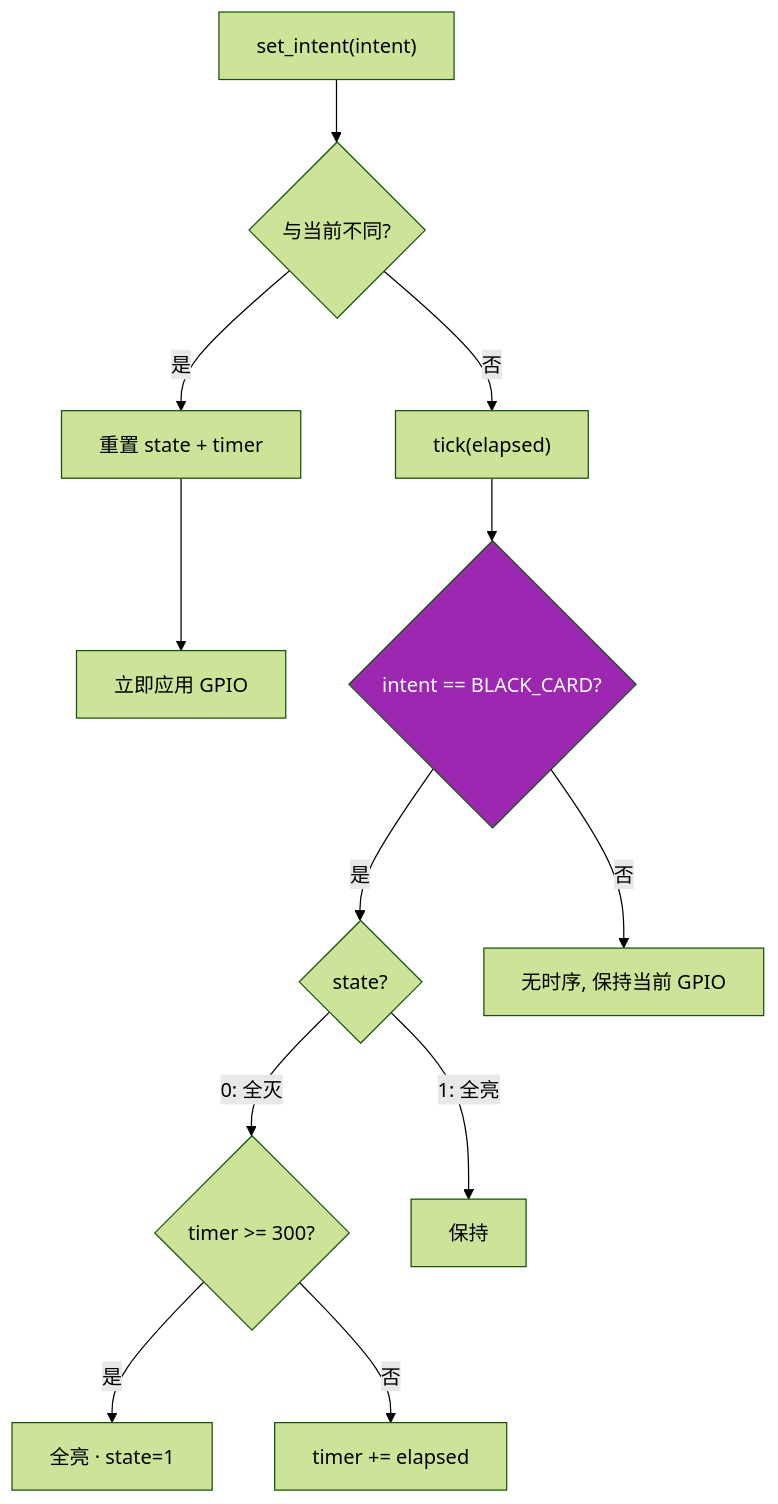
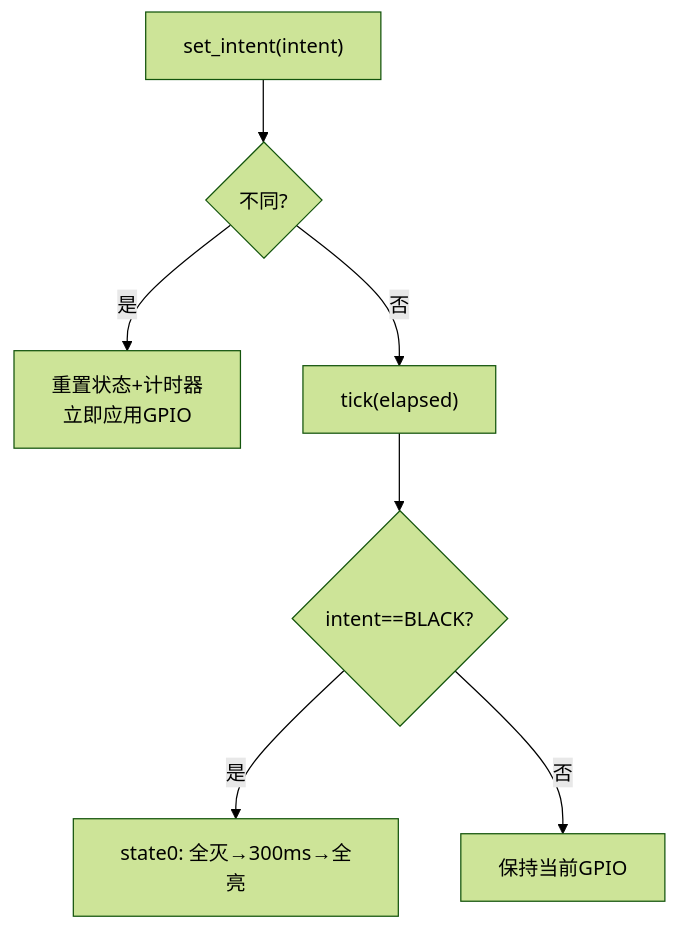
One commit to Siaiai/ObsidianNote changed the seventh of 16 diagrams in 工作/SR3读卡器/260802SR3读卡器架构.md. Above: the diagram before and after it, drawn with Mermaid (forest theme). The commit also changed other lines of this file and 1 other file, not shown here.

````diff
--- a/工作/SR3读卡器/260802SR3读卡器架构.md
+++ b/工作/SR3读卡器/260802SR3读卡器架构.md
@@ -469,19 +288,10 @@
 ```mermaid
 flowchart TD
-    INTENT["set_intent(intent)"] --> CMP{"与当前不同?"}
-    CMP -->|"是"| RESET["重置 state + timer"]
-    CMP -->|"否"| TICK
+    INTENT["set_intent(intent)"] --> CMP{"不同?"}
+    CMP -->|"是"| RESET["重置状态+计时器<br/>立即应用GPIO"]
+    CMP -->|"否"| TICK["tick(elapsed)"]
 
-    RESET --> APPLY["立即应用 GPIO"]
-
-    TICK["tick(elapsed)"] --> BLACK{"intent == BLACK_CARD?"}
-    BLACK -->|"是"| BC_STATE{"state?"}
-    BC_STATE -->|"0: 全灭"| BC_WAIT{"timer >= 300?"}
-    BC_WAIT -->|"是"| BC_ON["全亮 · state=1"]
-    BC_WAIT -->|"否"| BC_CONT["timer += elapsed"]
-    BC_STATE -->|"1: 全亮"| BC_DONE["保持"]
-
-    BLACK -->|"否"| DONE["无时序, 保持当前 GPIO"]
-
-    style BLACK fill:#9C27B0,color:#fff
+    TICK --> BLACK{"intent==BLACK?"}
+    BLACK -->|"是"| BC["state0: 全灭→300ms→全亮"]
+    BLACK -->|"否"| DONE["保持当前GPIO"]
 ```
````
